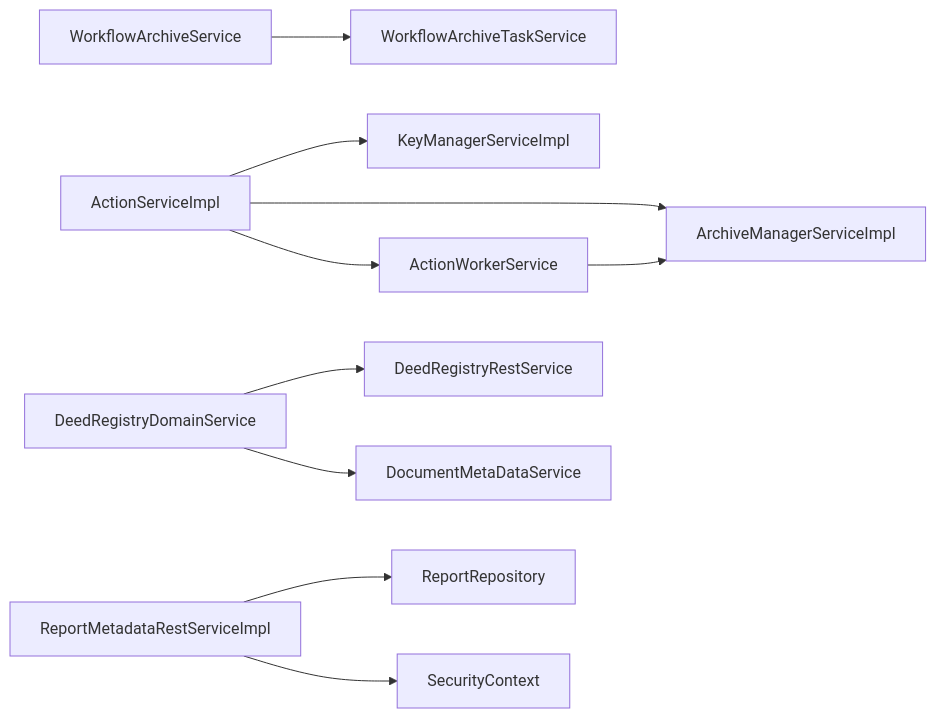
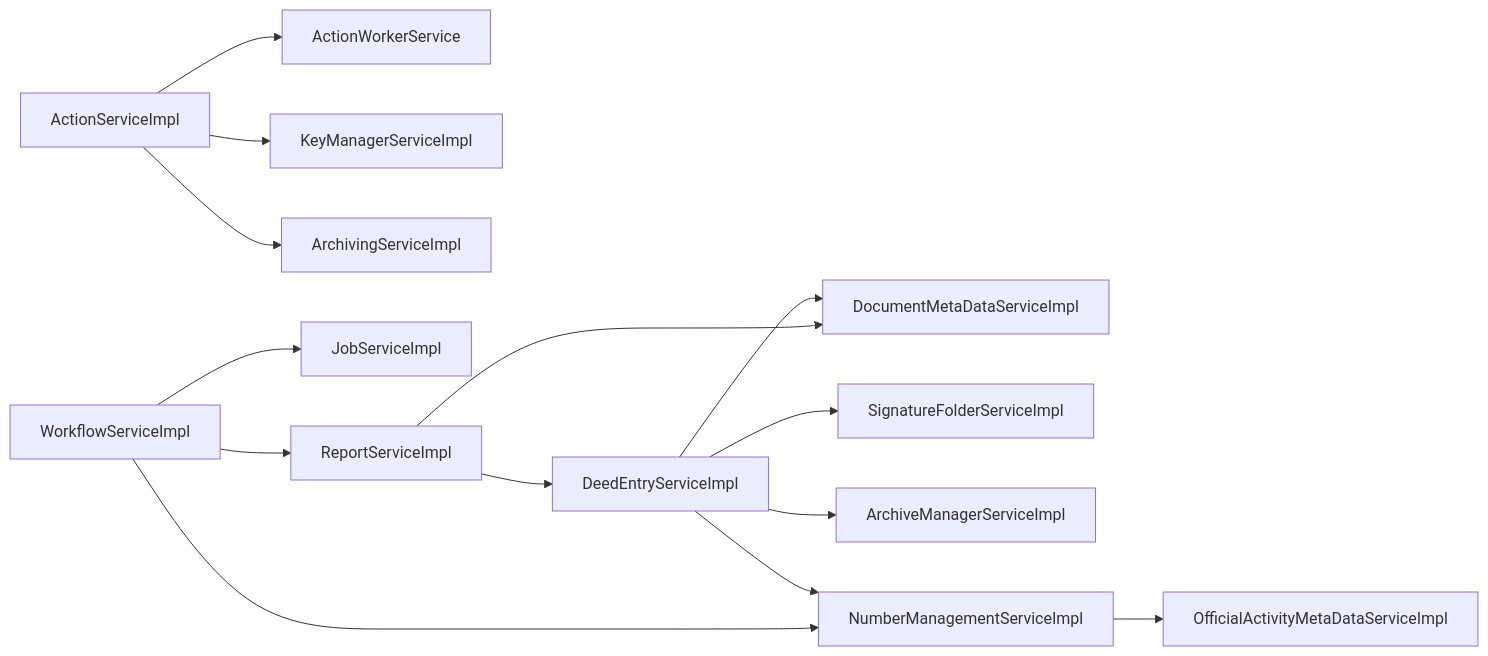
Before and after one commit to aymenmastouri/aicodegencrew: the diagram in knowledge/architecture/arc42/05-part3-services.md, drawn with Mermaid. The commit also changed other lines of this file and 30 other files, not shown here.

````diff
--- a/knowledge/architecture/arc42/05-part3-services.md
+++ b/knowledge/architecture/arc42/05-part3-services.md
@@ -148,12 +93,16 @@
 ```mermaid
 graph LR
-  ActionServiceImpl --> KeyManagerServiceImpl
-  ActionServiceImpl --> ArchiveManagerServiceImpl
-  ActionServiceImpl --> ActionWorkerService
-  ActionWorkerService --> ArchiveManagerServiceImpl
-  WorkflowArchiveService --> WorkflowArchiveTaskService
-  DeedRegistryDomainService --> DeedRegistryRestService
-  DeedRegistryDomainService --> DocumentMetaDataService
-  ReportMetadataRestServiceImpl --> ReportRepository
-  ReportMetadataRestServiceImpl --> SecurityContext
+    ActionServiceImpl --> ActionWorkerService
+    ActionServiceImpl --> KeyManagerServiceImpl
+    ActionServiceImpl --> ArchivingServiceImpl
+    DeedEntryServiceImpl --> DocumentMetaDataServiceImpl
+    DeedEntryServiceImpl --> SignatureFolderServiceImpl
+    DeedEntryServiceImpl --> ArchiveManagerServiceImpl
+    DeedEntryServiceImpl --> NumberManagementServiceImpl
+    WorkflowServiceImpl --> JobServiceImpl
+    WorkflowServiceImpl --> NumberManagementServiceImpl
+    WorkflowServiceImpl --> ReportServiceImpl
+    ReportServiceImpl --> DeedEntryServiceImpl
+    ReportServiceImpl --> DocumentMetaDataServiceImpl
+    NumberManagementServiceImpl --> OfficialActivityMetaDataServiceImpl
 ```
````
